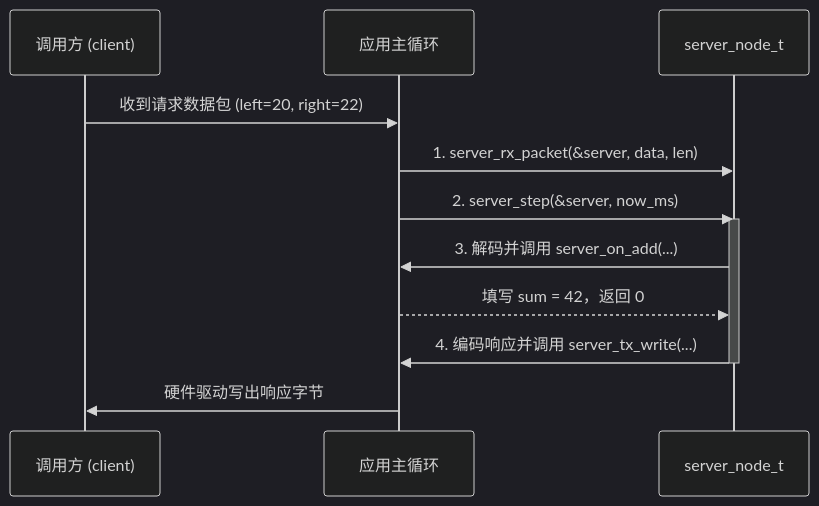
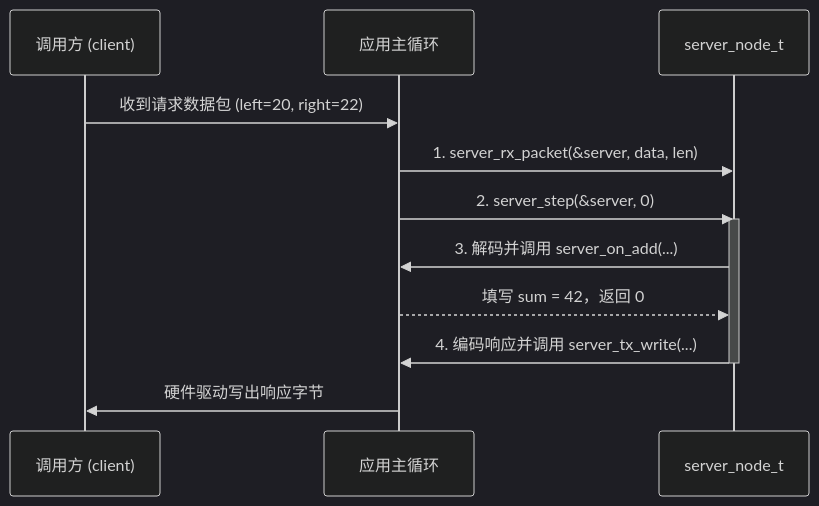
Before and after one commit to starwey604/wirelink: the diagram in site/src/content/docs/zh-cn/learn/01-loopback-endpoint.mdx, drawn with Mermaid (dark theme). The commit also changed other lines of this file and 56 other files, not shown here.

````diff
--- a/site/src/content/docs/zh-cn/learn/01-loopback-endpoint.mdx
+++ b/site/src/content/docs/zh-cn/learn/01-loopback-endpoint.mdx
@@ -153,16 +155,16 @@
 ```mermaid
 sequenceDiagram
   participant Peer as 调用方 (client)
   participant App as 应用主循环
   participant Node as server_node_t
 
   Peer->>App: 收到请求数据包 (left=20, right=22)
   App->>Node: 1. server_rx_packet(&server, data, len)
-  App->>Node: 2. server_step(&server, now_ms)
+  App->>Node: 2. server_step(&server, 0)
   activate Node
   Node->>App: 3. 解码并调用 server_on_add(...)
   App-->>Node: 填写 sum = 42，返回 0
   Node->>App: 4. 编码响应并调用 server_tx_write(...)
   deactivate Node
   App->>Peer: 硬件驱动写出响应字节
 ```
````
